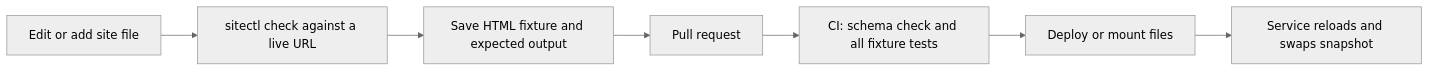
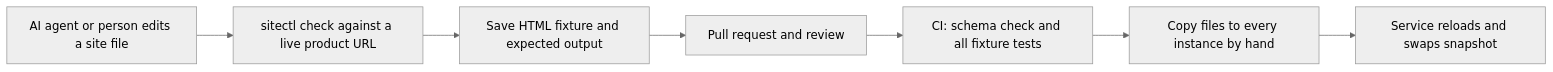
The third of 3 diagrams in md/SYNC_EXTRACTION_PROPOSAL.md (mobintmu/go-wordpress), drawn with Mermaid (neutral theme) before and after one commit. The commit also changed other lines of this file and 4 other files, not shown here.

````diff
--- a/md/SYNC_EXTRACTION_PROPOSAL.md
+++ b/md/SYNC_EXTRACTION_PROPOSAL.md
@@ -420,9 +427,9 @@
 ```mermaid
 flowchart LR
-    A[Edit or add site file] --> B[sitectl check against a live URL]
+    A[AI agent or person edits a site file] --> B[sitectl check against a live product URL]
     B --> C[Save HTML fixture and expected output]
-    C --> D[Pull request]
+    C --> D[Pull request and review]
     D --> E[CI: schema check and all fixture tests]
-    E --> F[Deploy or mount files]
+    E --> F[Copy files to every instance by hand]
     F --> G[Service reloads and swaps snapshot]
 ```
````
